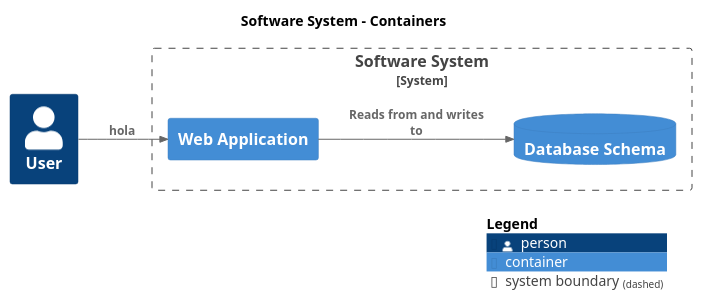
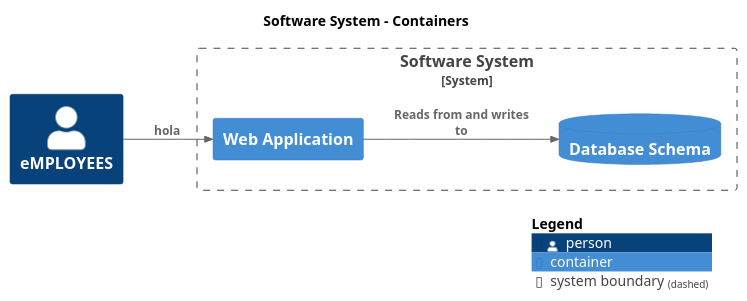
One commit to BruizN/prueba-structurizr changed the diagram in master/puml/Diagram2.puml. Above: the diagram before and after it, drawn with PlantUML. The commit also changed 10 other files, not shown here.

```diff
--- a/master/puml/Diagram2.puml
+++ b/master/puml/Diagram2.puml
@@ -1,22 +1,22 @@
 @startuml
 set separator none
 title Software System - Containers
 
 left to right direction
 
 !include <C4/C4>
 !include <C4/C4_Context>
 !include <C4/C4_Container>
 
-Person(User, "User", $descr="", $tags="", $link="")
+Person(eMPLOYEES, "eMPLOYEES", $descr="", $tags="", $link="")
 
 System_Boundary("SoftwareSystem_boundary", "Software System", $tags="") {
   Container(SoftwareSystem.WebApplication, "Web Application", $techn="", $descr="", $tags="", $link="")
   ContainerDb(SoftwareSystem.DatabaseSchema, "Database Schema", $techn="", $descr="", $tags="", $link="")
 }
 
-Rel(User, SoftwareSystem.WebApplication, "hola", $techn="", $tags="", $link="")
+Rel(eMPLOYEES, SoftwareSystem.WebApplication, "hola", $techn="", $tags="", $link="")
 Rel(SoftwareSystem.WebApplication, SoftwareSystem.DatabaseSchema, "Reads from and writes to", $techn="", $tags="", $link="")
 
 SHOW_LEGEND(true)
 @enduml
```
